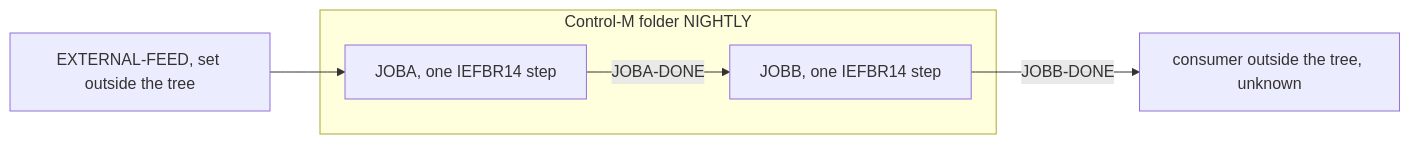
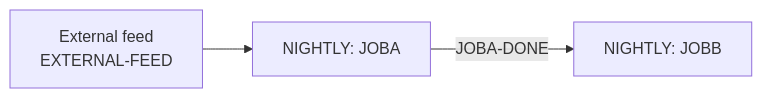
Before and after one commit to Sparq-Holding-Inc/claude-legacy-modernization: the diagram in evals/runs/09-temporal-controlm/modernization-assessment/02-coupling.md, drawn with Mermaid. The commit also changed other lines of this file and 268 other files, not shown here.

````diff
--- a/evals/runs/09-temporal-controlm/modernization-assessment/02-coupling.md
+++ b/evals/runs/09-temporal-controlm/modernization-assessment/02-coupling.md
@@ -38,8 +33,5 @@
 ```mermaid
 graph LR
-  EXT[EXTERNAL-FEED, set outside the tree] --> A
-  subgraph NIGHTLY[Control-M folder NIGHTLY]
-    A[JOBA, one IEFBR14 step] -->|JOBA-DONE| B[JOBB, one IEFBR14 step]
-  end
-  B -->|JOBB-DONE| OUT[consumer outside the tree, unknown]
+    EXT[External feed<br/>EXTERNAL-FEED] --> A[NIGHTLY: JOBA]
+    A -- JOBA-DONE --> B[NIGHTLY: JOBB]
 ```
````
